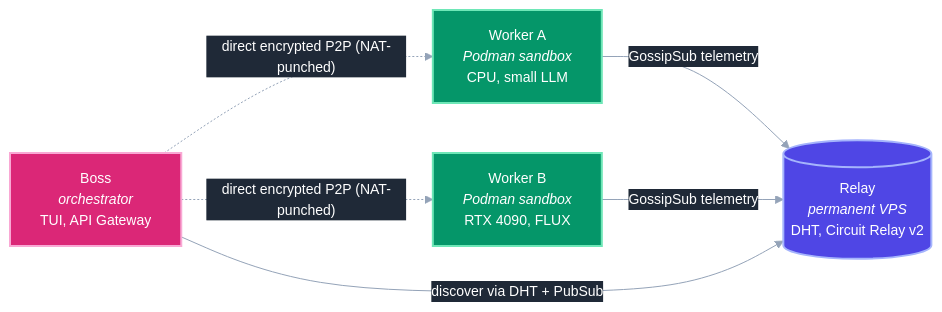
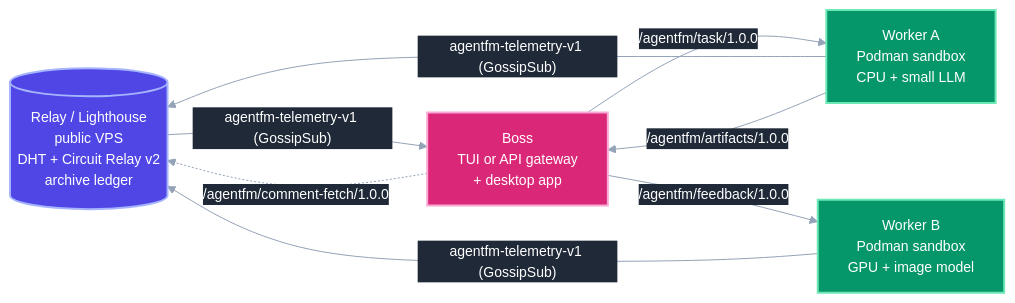
One commit to Agent-FM/agentfm-core changed the first of 3 diagrams in docs/architecture.md. Above: the diagram before and after it, drawn with Mermaid. The commit also changed other lines of this file and 10 other files, not shown here.

````diff
--- a/docs/architecture.md
+++ b/docs/architecture.md
@@ -7,23 +11,25 @@
 ```mermaid
-%%{init: {'theme':'base', 'themeVariables': {
-  'primaryColor':'#4F46E5','primaryTextColor':'#FFFFFF','primaryBorderColor':'#A5B4FC',
-  'lineColor':'#94A3B8','textColor':'#E5E7EB','edgeLabelBackground':'#1F2937',
-  'tertiaryColor':'#1F2937','fontFamily':'ui-sans-serif, system-ui, sans-serif','fontSize':'14px'
-}}}%%
+%%{init: {'theme':'base', 'themeVariables': { 'primaryColor':'#4F46E5','primaryTextColor':'#FFFFFF','primaryBorderColor':'#A5B4FC', 'lineColor':'#94A3B8','textColor':'#E5E7EB','edgeLabelBackground':'#1F2937', 'tertiaryColor':'#1F2937','fontFamily':'ui-sans-serif, system-ui, sans-serif','fontSize':'14px' }}}%%
 flowchart LR
-    R[("Relay<br/><i>permanent VPS</i><br/>DHT, Circuit Relay v2")]
-    B["Boss<br/><i>orchestrator</i><br/>TUI, API Gateway"]
-    W1["Worker A<br/><i>Podman sandbox</i><br/>CPU, small LLM"]
-    W2["Worker B<br/><i>Podman sandbox</i><br/>RTX 4090, FLUX"]
-    W1 -- GossipSub telemetry --> R
-    W2 -- GossipSub telemetry --> R
-    B -- discover via DHT + PubSub --> R
-    B -.->|"direct encrypted P2P (NAT-punched)"| W1
-    B -.->|"direct encrypted P2P (NAT-punched)"| W2
+    R[("Relay / Lighthouse<br/>public VPS<br/>DHT + Circuit Relay v2<br/>archive ledger")]
+    B["Boss<br/>TUI or API gateway<br/>+ desktop app"]
+    W1["Worker A<br/>Podman sandbox<br/>CPU + small LLM"]
+    W2["Worker B<br/>Podman sandbox<br/>GPU + image model"]
+
+    W1 -- "agentfm-telemetry-v1 (GossipSub)" --> R
+    W2 -- "agentfm-telemetry-v1 (GossipSub)" --> R
+    R -- "agentfm-telemetry-v1 (GossipSub)" --> B
+
+    B -->|"/agentfm/task/1.0.0"| W1
+    W1 -->|"/agentfm/artifacts/1.0.0"| B
+    B -->|"/agentfm/feedback/1.0.0"| W2
+
+    B -.->|"/agentfm/comment-fetch/1.0.0"| R
+
     classDef relay  fill:#4F46E5,stroke:#A5B4FC,stroke-width:2px,color:#FFFFFF
     classDef boss   fill:#DB2777,stroke:#F9A8D4,stroke-width:2px,color:#FFFFFF
     classDef worker fill:#059669,stroke:#6EE7B7,stroke-width:2px,color:#FFFFFF
     class R relay
     class B boss
     class W1,W2 worker
 ```
````
